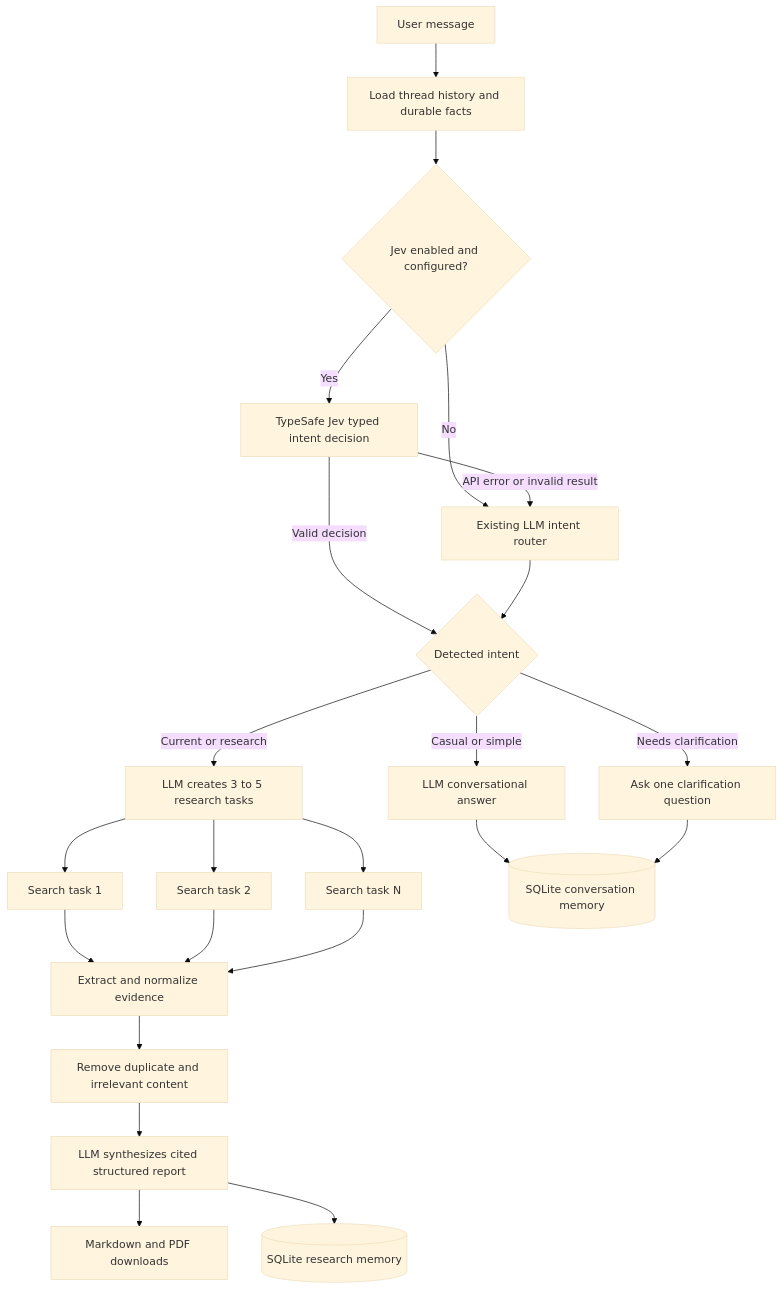
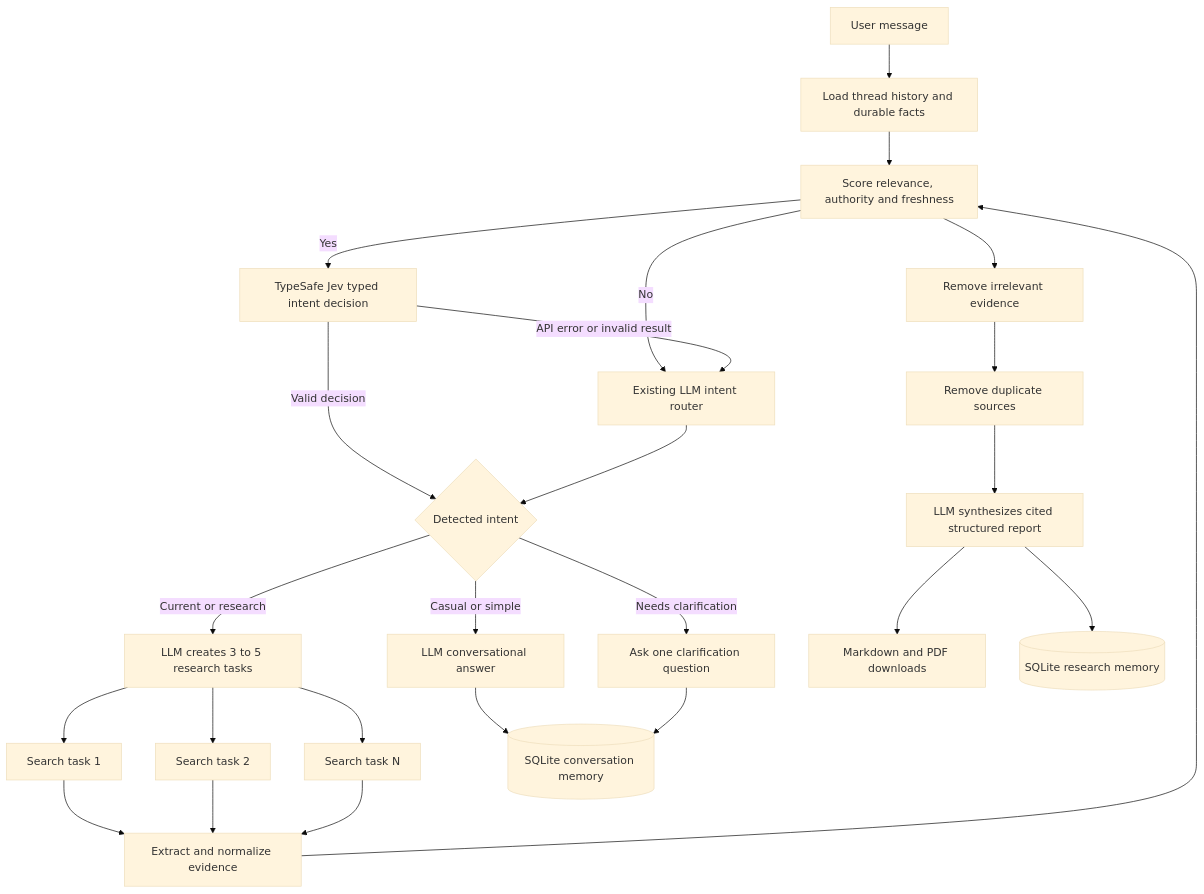
One commit to vishvpandya/multi-llm-autonomous-research-agent changed the first of 5 diagrams in README.md. Above: the diagram before and after it, drawn with Mermaid (base theme). The commit also changed other lines of this file and 13 other files, not shown here.

````diff
--- a/README.md
+++ b/README.md
@@ -24,27 +26,29 @@
 ```mermaid
 flowchart TD
     U[User message] --> M[Load thread history and durable facts]
     M --> Q{Jev enabled and configured?}
     Q -->|Yes| J[TypeSafe Jev typed intent decision]
     Q -->|No| L[Existing LLM intent router]
     J -->|API error or invalid result| L
     J -->|Valid decision| I{Detected intent}
     L --> I
 
     I -->|Casual or simple| C[LLM conversational answer]
     I -->|Needs clarification| K[Ask one clarification question]
     I -->|Current or research| P[LLM creates 3 to 5 research tasks]
 
     P --> S1[Search task 1]
     P --> S2[Search task 2]
     P --> S3[Search task N]
     S1 --> E[Extract and normalize evidence]
     S2 --> E
     S3 --> E
-    E --> D[Remove duplicate and irrelevant content]
+    E --> Q[Score relevance, authority and freshness]
+    Q --> F[Remove irrelevant evidence]
+    F --> D[Remove duplicate sources]
     D --> R[LLM synthesizes cited structured report]
     R --> X[Markdown and PDF downloads]
     R --> DB[(SQLite research memory)]
     C --> DB2[(SQLite conversation memory)]
     K --> DB2
 ```
````
